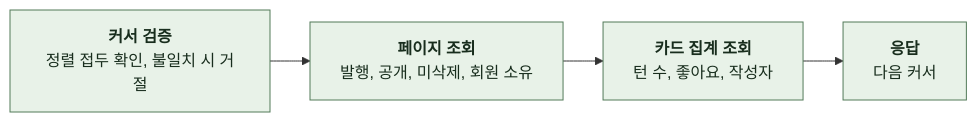
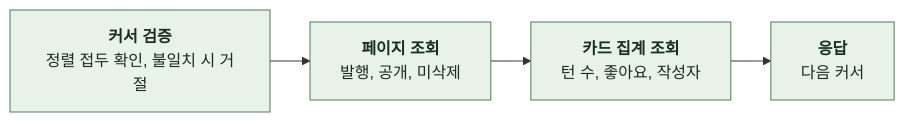
The first of 30 diagrams in docs/domain/STORY/BACKEND/4-1-PIPELINES.md (KIM-N-KANG/knk-harness), drawn with Mermaid before and after one commit. The commit also changed other lines of this file and 13 other files, not shown here.

````diff
--- a/docs/domain/STORY/BACKEND/4-1-PIPELINES.md
+++ b/docs/domain/STORY/BACKEND/4-1-PIPELINES.md
@@ -53,9 +53,9 @@
 ```mermaid
 %%{init: {"flowchart": {"curve": "basis", "htmlLabels": true, "nodeSpacing": 24, "rankSpacing": 40}}}%%
 flowchart LR
-    A["<b>커서 검증</b><br/>정렬 접두 확인, 불일치 시 거절"] --> B["<b>페이지 조회</b><br/>발행, 공개, 미삭제, 회원 소유"]
+    A["<b>커서 검증</b><br/>정렬 접두 확인, 불일치 시 거절"] --> B["<b>페이지 조회</b><br/>발행, 공개, 미삭제"]
     B --> C["<b>카드 집계 조회</b><br/>턴 수, 좋아요, 작성자"]
     C --> D["<b>응답</b><br/>다음 커서"]
     classDef comp fill:#E8F2E8,stroke:#527A59,color:#182D1D
     class A,B,C,D,Q comp
 ```
````
